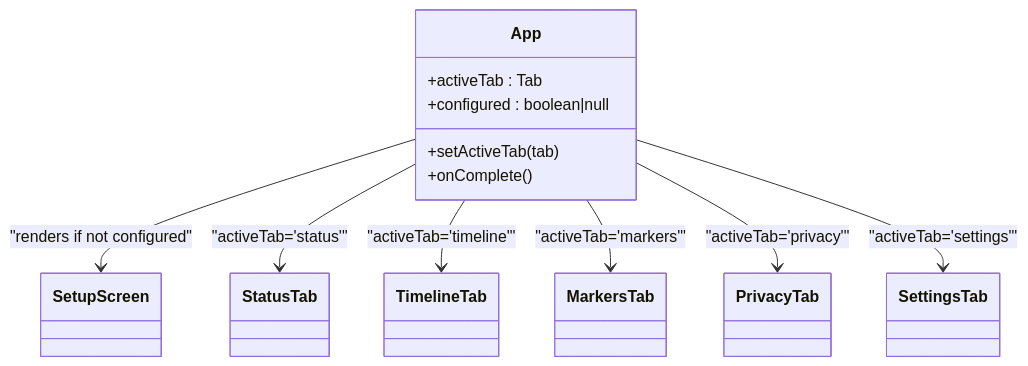
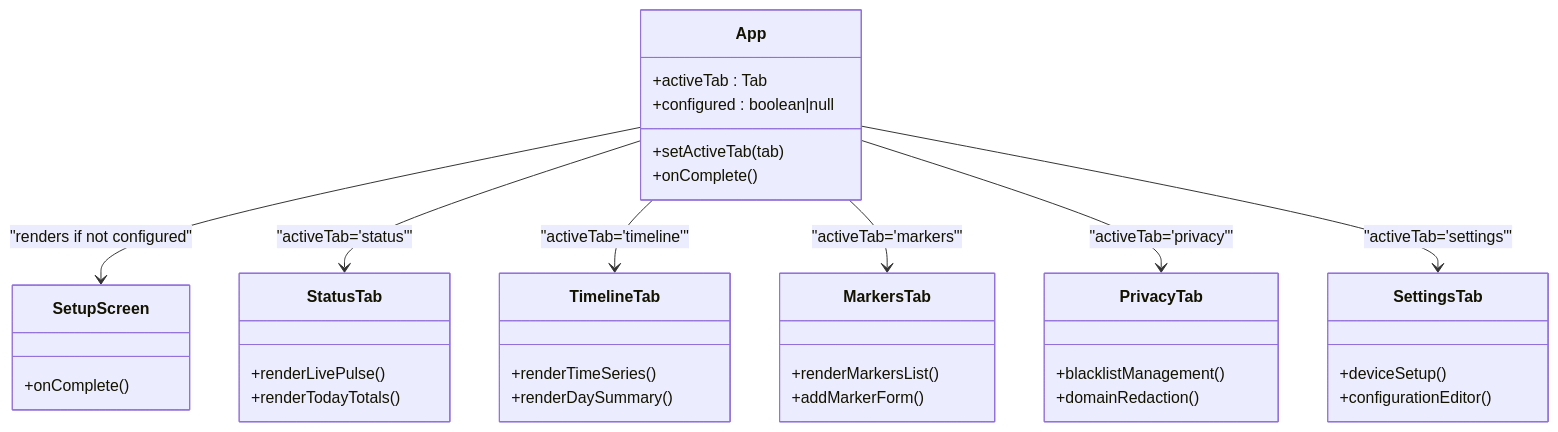
One commit to WizardJIOCb/rodion.pro changed the tenth of 11 diagrams in .qoder/repowiki/en/content/Core Features/Electron Desktop Application.md. Above: the diagram before and after it, drawn with Mermaid. The commit also changed other lines of this file and 26 other files, not shown here.

````diff
--- a/.qoder/repowiki/en/content/Core Features/Electron Desktop Application.md
+++ b/.qoder/repowiki/en/content/Core Features/Electron Desktop Application.md
@@ -363,21 +637,38 @@
 ```mermaid
 classDiagram
 class App {
 +activeTab : Tab
 +configured : boolean|null
 +setActiveTab(tab)
 +onComplete()
 }
-class SetupScreen
-class StatusTab
-class TimelineTab
-class MarkersTab
-class PrivacyTab
-class SettingsTab
+class SetupScreen {
++onComplete()
+}
+class StatusTab {
++renderLivePulse()
++renderTodayTotals()
+}
+class TimelineTab {
++renderTimeSeries()
++renderDaySummary()
+}
+class MarkersTab {
++renderMarkersList()
++addMarkerForm()
+}
+class PrivacyTab {
++blacklistManagement()
++domainRedaction()
+}
+class SettingsTab {
++deviceSetup()
++configurationEditor()
+}
 App --> SetupScreen : "renders if not configured"
 App --> StatusTab : "activeTab='status'"
 App --> TimelineTab : "activeTab='timeline'"
 App --> MarkersTab : "activeTab='markers'"
 App --> PrivacyTab : "activeTab='privacy'"
 App --> SettingsTab : "activeTab='settings'"
 ```
````
